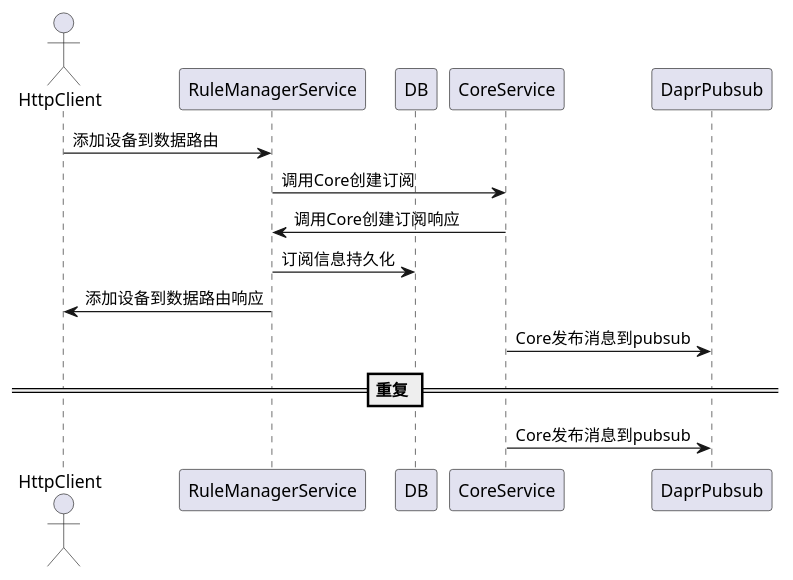
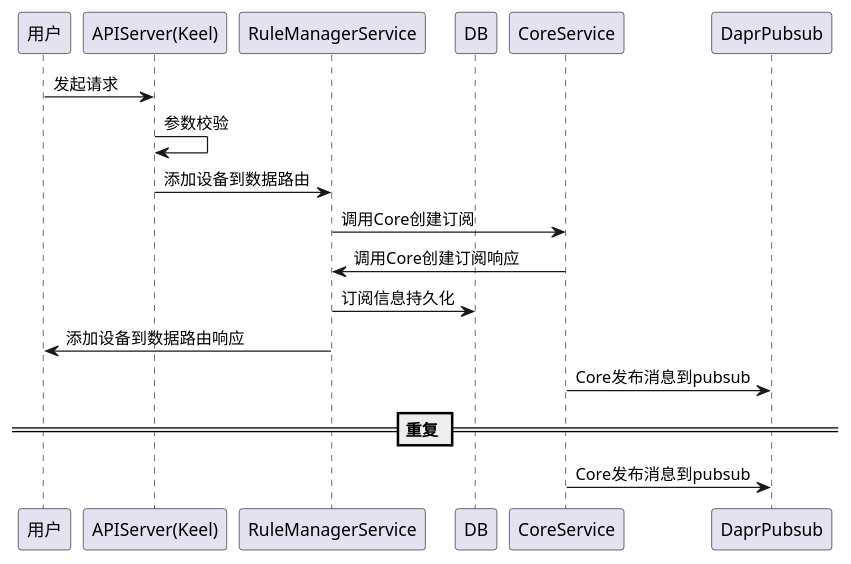
The seventh of 8 diagrams in docs/api/appendix/plantuml/rule_manager.md (tkeel-io/docs), drawn with PlantUML before and after one commit. The commit also changed other lines of this file and 2 other files, not shown here.

````diff
--- a/docs/api/appendix/plantuml/rule_manager.md
+++ b/docs/api/appendix/plantuml/rule_manager.md
@@ -97,19 +115,22 @@
 ```plantuml
 @startuml
-actor HttpClient
+participant "用户" as user
+participant "APIServer(Keel)"  as keel
 participant RuleManagerService
 participant DB
 participant CoreService
 participant DaprPubsub
 
-HttpClient->RuleManagerService:添加设备到数据路由
+user->keel: 发起请求
+keel->keel: 参数校验
+keel->RuleManagerService:添加设备到数据路由
 RuleManagerService->CoreService:调用Core创建订阅
 RuleManagerService<-CoreService:调用Core创建订阅响应
 RuleManagerService->DB:订阅信息持久化
-HttpClient<-RuleManagerService:添加设备到数据路由响应
+user<-RuleManagerService:添加设备到数据路由响应
 
 CoreService->DaprPubsub:Core发布消息到pubsub
 == 重复 ==
 CoreService->DaprPubsub:Core发布消息到pubsub
 @enduml
 ```
````
